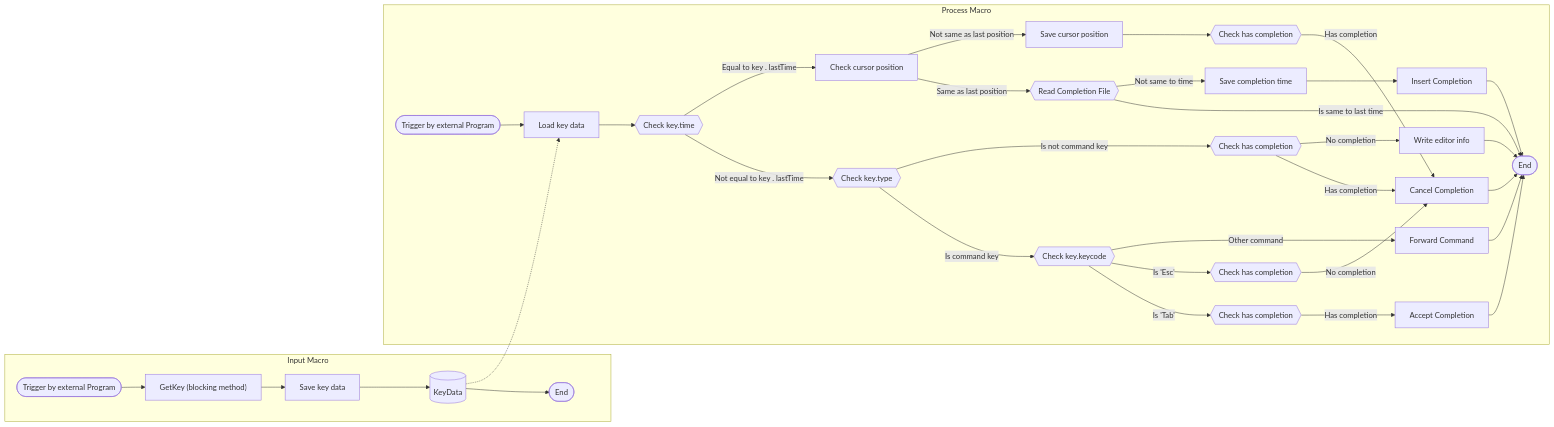
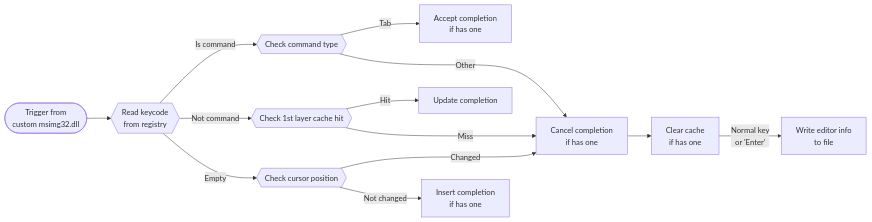
One commit to ParticleG/cmw-coder-macros changed the diagram in README.md. Above: the diagram before and after it, drawn with Mermaid.

Commit message:
- Update README.md

````diff
--- a/README.md
+++ b/README.md
@@ -5,26 +5,15 @@
 ```mermaid
 flowchart LR
-    subgraph Input Macro
-        inputMacroStart([Trigger by external Program]) --> getKey["GetKey (blocking method)"] --> saveKey[Save key data]
-        saveKey --> keyData[(KeyData)] --> inputMacroEnd([End])
-    end
+    macroStart([Trigger from \n custom msimg32.dll]) --> readKeycode{{Read keycode \n from registry}}
+    readKeycode -- Is command --> checkCommandType{{Check command type}}
+    readKeycode -- Not command --> checkCacheHit{{Check 1st layer cache hit}}
+    readKeycode -- Empty --> checkCursor{{Check cursor position}}
+    checkCommandType -- Tab --> acceptCompletion[Accept completion \n if has one]
+    checkCommandType -- Other ---> cancelCompletion[Cancel completion \n if has one] --> clearCache[Clear cache \n if has one]
+    checkCacheHit -- Hit --> updateCompletion[Update completion]
+    checkCacheHit -- Miss ---> cancelCompletion
+    checkCursor -- Changed ---> cancelCompletion
+    checkCursor -- Not changed --> insertCompletion[Insert completion \n if has one]
 
-    subgraph Process Macro
-        processMacroStart([Trigger by external Program]) --> loadKey[Load key data] --> checkKeyTime{{Check key.time}}
-        checkKeyTime -- Not equal to key . lastTime --> checkKeyType{{Check key.type}}
-        checkKeyTime -- Equal to key . lastTime --> checkCursorPosition[Check cursor position]
-        checkCursorPosition -- Same as last position --> checkCompletionFile{{Read Completion File}}
-        checkCursorPosition -- Not same as last position --> saveCursorPosition[Save cursor position] --> checkHasCompletion4{{Check has completion}} -- Has completion --> cancelCompletion[Cancel Completion]
-        checkKeyType -- Is command key --> checkKeyCode{{Check key.keycode}}
-        checkKeyType -- Is not command key --> checkHasCompletion1{{Check has completion}}
-        checkKeyCode -- Is 'Tab' --> checkHasCompletion2{{Check has completion}} -- Has completion --> acceptCompletion[Accept Completion] --> processMacroEnd([End])
-        checkKeyCode -- Is 'Esc' --> checkHasCompletion3{{Check has completion}} -- No completion --> cancelCompletion --> processMacroEnd
-        checkKeyCode -- Other command --> forwardCommand[Forward Command] --> processMacroEnd
-        checkHasCompletion1 -- Has completion --> cancelCompletion
-        checkHasCompletion1 -- No completion --> writeEditorInfo[Write editor info] --> processMacroEnd
-        checkCompletionFile -- Is same to last time --> processMacroEnd
-        checkCompletionFile -- Not same to time --> saveCompletionTime[Save completion time] --> insertCompletion[Insert Completion] --> processMacroEnd
-    end
-
-    keyData -.-> loadKey
+    clearCache -- Normal key \n or 'Enter' --> writeInfo[Write editor info \n to file]
 ```
````
